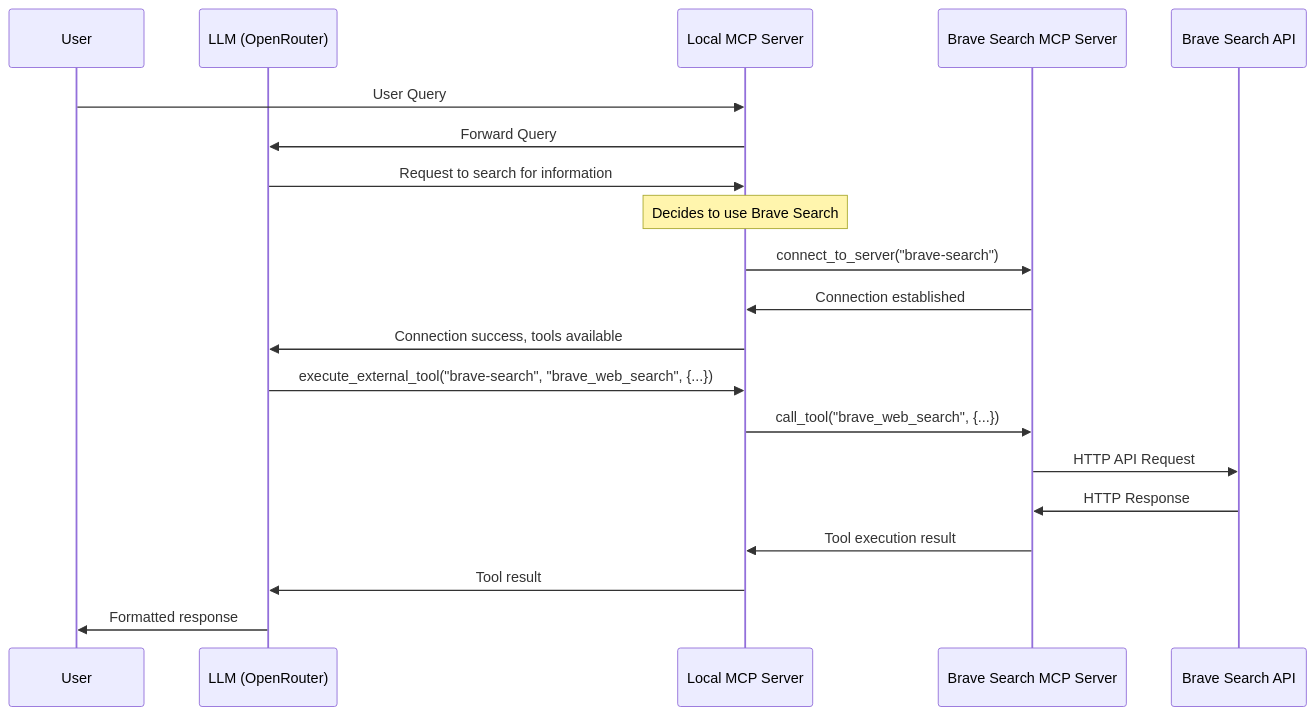
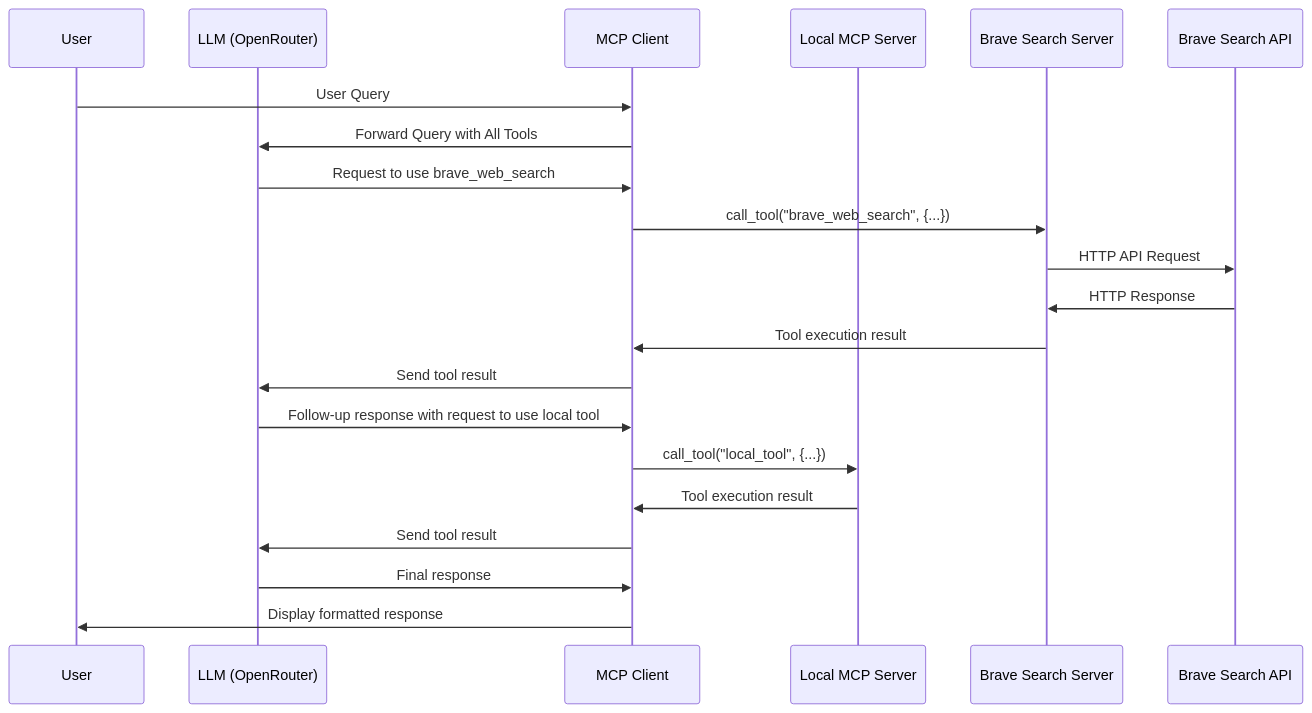
One commit to henrypugh/agents changed the diagram in README.md. Above: the diagram before and after it, drawn with Mermaid. The commit also changed other lines of this file and 6 other files, not shown here.

Commit message:
properly setup mcp server connections

````diff
--- a/README.md
+++ b/README.md
@@ -136,26 +140,28 @@
 ```mermaid
 sequenceDiagram
     participant User
     participant LLM as LLM (OpenRouter)
+    participant Client as MCP Client
     participant LocalServer as Local MCP Server
-    participant BraveServer as Brave Search MCP Server
+    participant BraveServer as Brave Search Server
     participant BraveAPI as Brave Search API
 
-    User->>LocalServer: User Query
-    LocalServer->>LLM: Forward Query
-    LLM->>LocalServer: Request to search for information
+    User->>Client: User Query
+    Client->>LLM: Forward Query with All Tools
+    LLM->>Client: Request to use brave_web_search
     
-    Note over LocalServer: Decides to use Brave Search
-    
-    LocalServer->>BraveServer: connect_to_server("brave-search")
-    BraveServer->>LocalServer: Connection established
-    LocalServer->>LLM: Connection success, tools available
-    
-    LLM->>LocalServer: execute_external_tool("brave-search", "brave_web_search", {...})
-    LocalServer->>BraveServer: call_tool("brave_web_search", {...})
+    Client->>BraveServer: call_tool("brave_web_search", {...})
     BraveServer->>BraveAPI: HTTP API Request
     BraveAPI->>BraveServer: HTTP Response
-    BraveServer->>LocalServer: Tool execution result
-    LocalServer->>LLM: Tool result
-    LLM->>User: Formatted response
+    BraveServer->>Client: Tool execution result
+    
+    Client->>LLM: Send tool result
+    LLM->>Client: Follow-up response with request to use local tool
+    
+    Client->>LocalServer: call_tool("local_tool", {...})
+    LocalServer->>Client: Tool execution result
+    
+    Client->>LLM: Send tool result
+    LLM->>Client: Final response
+    Client->>User: Display formatted response
 ```
````
